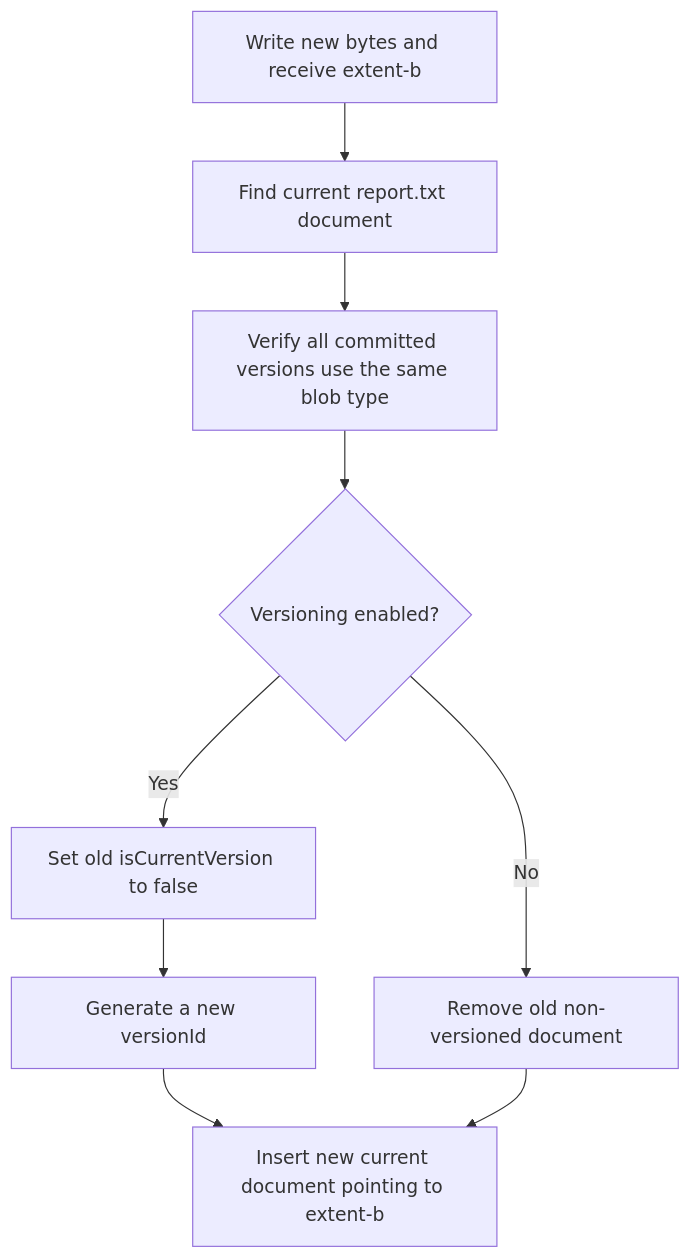
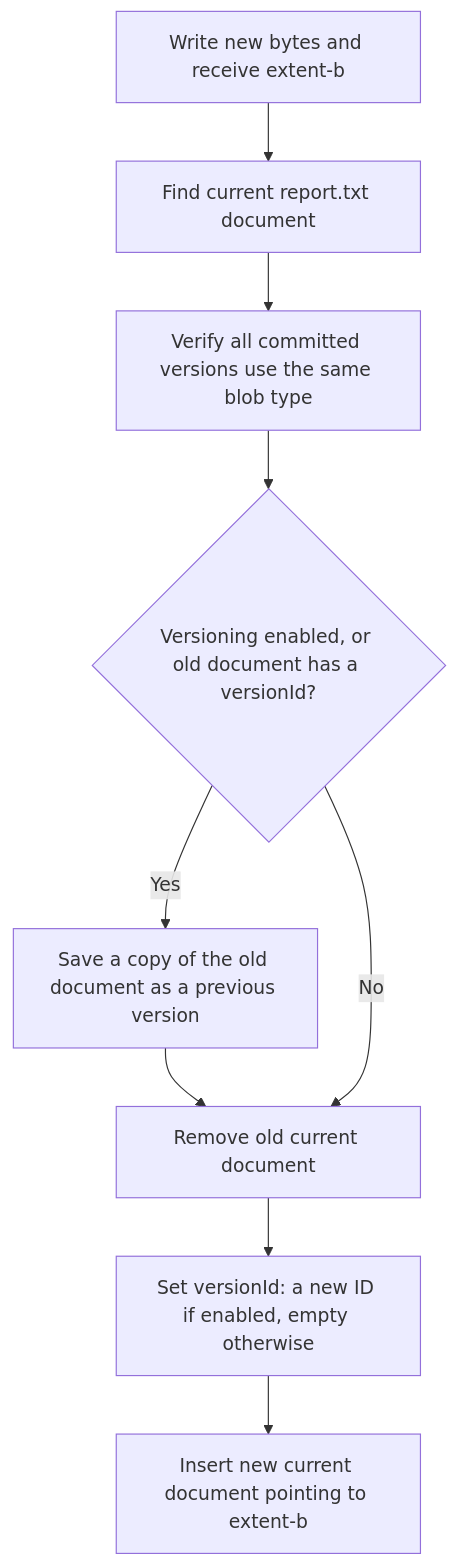
The fourth of 7 diagrams in docs/designs/2025-12-blob-versioning.md (Azure/Azurite), drawn with Mermaid before and after one commit. The commit also changed other lines of this file and 3 other files, not shown here.

First line of the commit message:
Keep previous versions consistently across blob operations in the Loki store

````diff
--- a/docs/designs/2025-12-blob-versioning.md
+++ b/docs/designs/2025-12-blob-versioning.md
@@ -278,15 +278,16 @@
 ```mermaid
 flowchart TD
     NewBytes[Write new bytes and receive extent-b]
     Find[Find current report.txt document]
     Type[Verify all committed versions use the same blob type]
-    Enabled{Versioning enabled?}
-    Archive[Set old isCurrentVersion to false]
-    Remove[Remove old non-versioned document]
-    NewVersion[Generate a new versionId]
+    Keep{Versioning enabled, or old document has a versionId?}
+    Archive[Save a copy of the old document as a previous version]
+    Remove[Remove old current document]
+    Stamp[Set versionId: a new ID if enabled, empty otherwise]
     Insert[Insert new current document pointing to extent-b]
 
-    NewBytes --> Find --> Type --> Enabled
-    Enabled -->|Yes| Archive --> NewVersion --> Insert
-    Enabled -->|No| Remove --> Insert
+    NewBytes --> Find --> Type --> Keep
+    Keep -->|Yes| Archive --> Remove
+    Keep -->|No| Remove
+    Remove --> Stamp --> Insert
 ```
````
